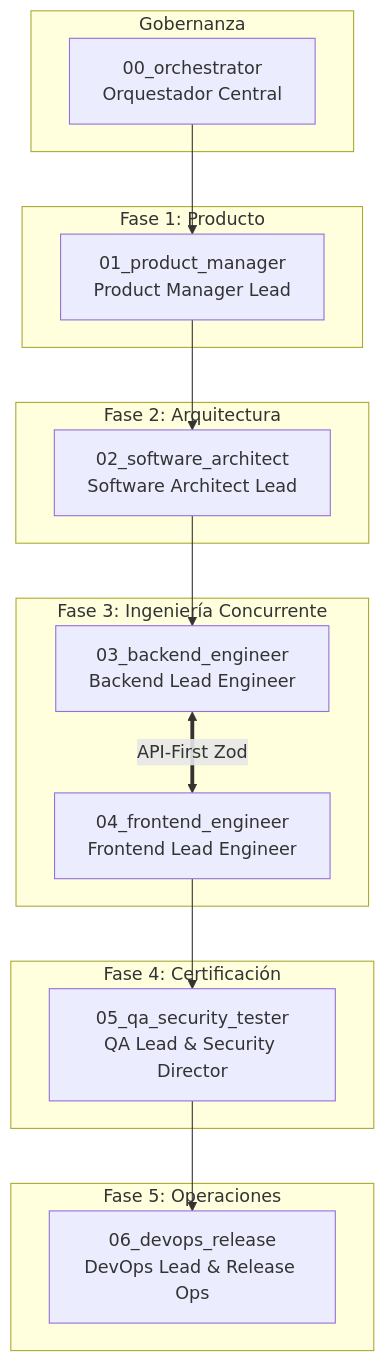
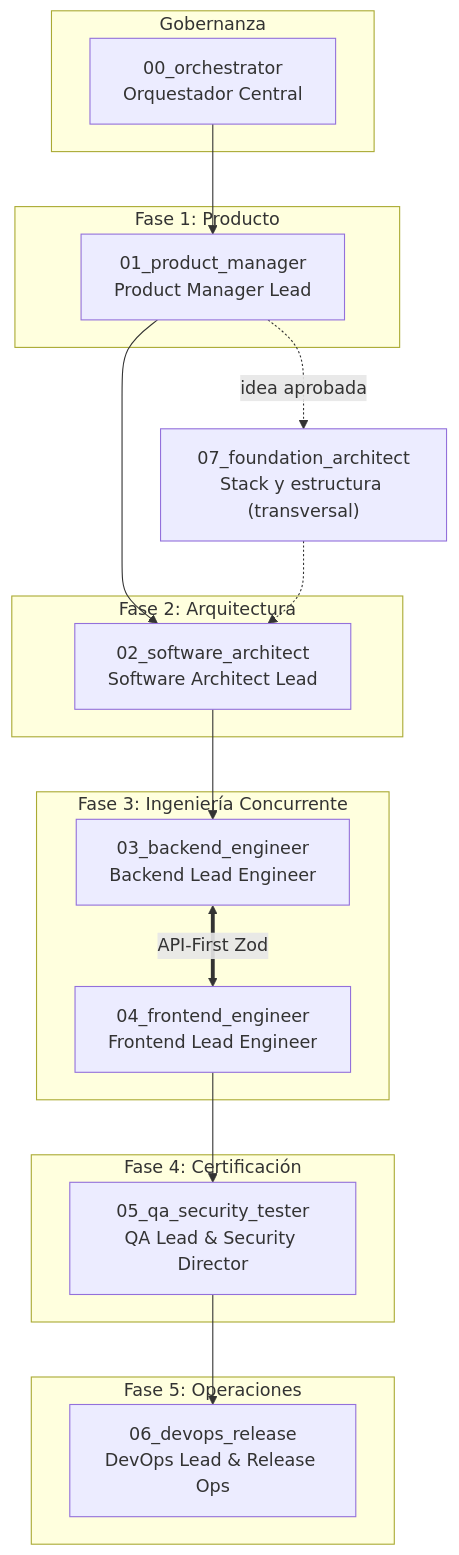
Before and after one commit to DanExl24/multiagent-sdlc-starter: the diagram in README.md, drawn with Mermaid. The commit also changed other lines of this file and 18 other files, not shown here.

First line of the commit message:
[v1.11.0] feat(governance): rol transversal de fundacion para stack y estructura del repositorio

````diff
--- a/README.md
+++ b/README.md
@@ -59,29 +59,31 @@
 ```mermaid
 graph TD
     subgraph "Gobernanza"
         R0["00_orchestrator<br/>Orquestador Central"]
     end
     subgraph "Fase 1: Producto"
         R1["01_product_manager<br/>Product Manager Lead"]
     end
     subgraph "Fase 2: Arquitectura"
         R2["02_software_architect<br/>Software Architect Lead"]
     end
     subgraph "Fase 3: Ingeniería Concurrente"
         R3["03_backend_engineer<br/>Backend Lead Engineer"]
         R4["04_frontend_engineer<br/>Frontend Lead Engineer"]
     end
     subgraph "Fase 4: Certificación"
         R5["05_qa_security_tester<br/>QA Lead & Security Director"]
     end
     subgraph "Fase 5: Operaciones"
         R6["06_devops_release<br/>DevOps Lead & Release Ops"]
     end
 
     R0 --> R1
     R1 --> R2
     R2 --> R3
     R3 <== "API-First Zod" ==> R4
     R4 --> R5
     R5 --> R6
+    R1 -. "idea aprobada" .-> R7["07_foundation_architect<br/>Stack y estructura (transversal)"]
+    R7 -.-> R2
 ```
````
